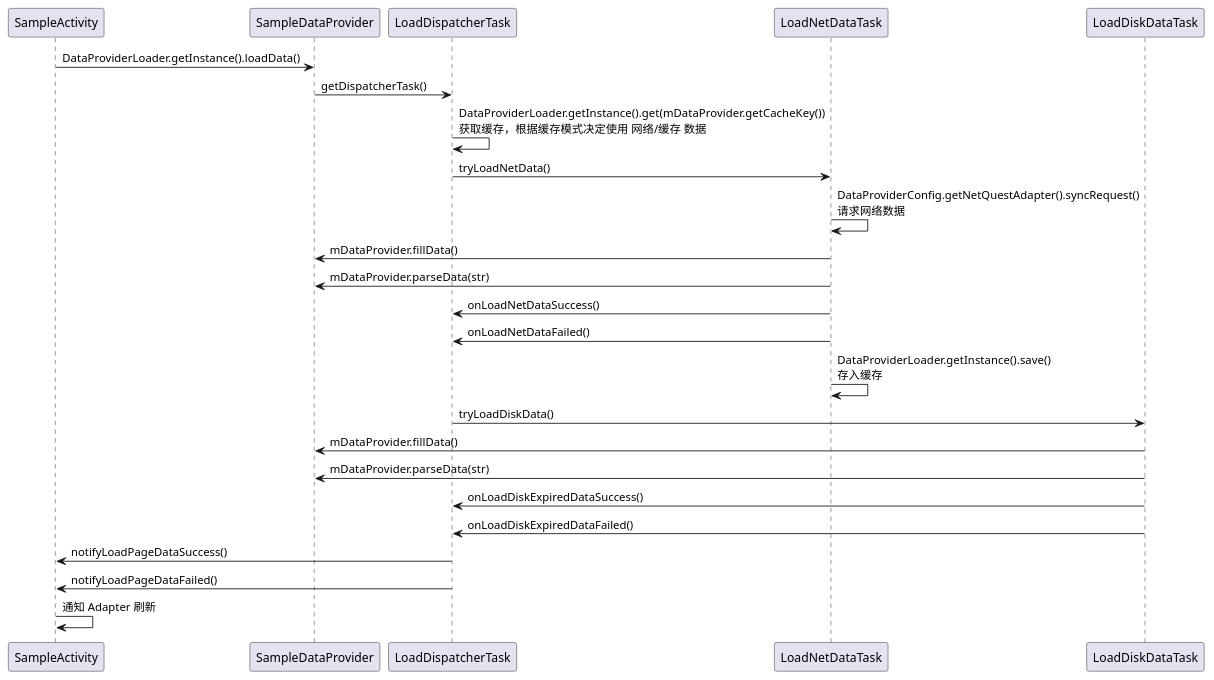
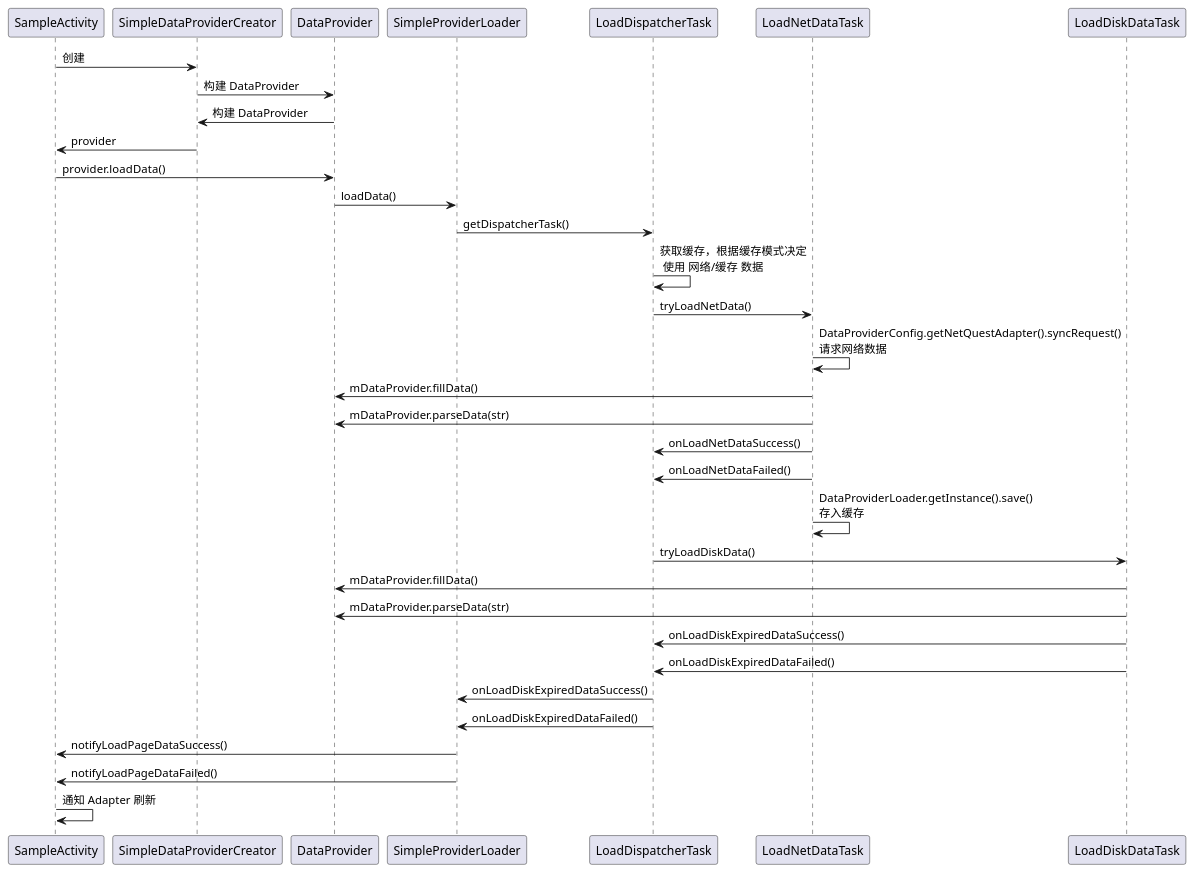
One commit to changer0/HotSearch changed the diagram in provider_core/design/时序图.puml. Above: the diagram before and after it, drawn with PlantUML. The commit also changed 3 other files, not shown here.

```diff
--- a/provider_core/design/时序图.puml
+++ b/provider_core/design/时序图.puml
@@ -1,49 +1,64 @@
 @startuml
 'Alice -> Bob: Authentication Request
 'Bob --> Alice: Authentication Response
 '
 'Alice -> Bob: Another authentication Request
 'Alice <-- Bob: another authentication Response
 
 'SampleActivity -> DataProviderLoader: load(BaseDataProvider)
 
+SampleActivity -> SimpleDataProviderCreator: 创建
 
-SampleActivity -> SampleDataProvider: DataProviderLoader.getInstance().loadData()
+SimpleDataProviderCreator -> DataProvider: 构建 DataProvider
 
-SampleDataProvider -> LoadDispatcherTask: getDispatcherTask()
+DataProvider -> SimpleDataProviderCreator: 构建 DataProvider
 
-LoadDispatcherTask -> LoadDispatcherTask: DataProviderLoader.getInstance().get(mDataProvider.getCacheKey())\n获取缓存，根据缓存模式决定使用 网络/缓存 数据
+SimpleDataProviderCreator -> SampleActivity: provider
+
+SampleActivity -> DataProvider:provider.loadData()
+
+DataProvider -> SimpleProviderLoader : loadData()
+
+
+
+SimpleProviderLoader -> LoadDispatcherTask: getDispatcherTask()
+
+LoadDispatcherTask -> LoadDispatcherTask: 获取缓存，根据缓存模式决定\n 使用 网络/缓存 数据
 
 LoadDispatcherTask -> LoadNetDataTask: tryLoadNetData()
 
 LoadNetDataTask -> LoadNetDataTask: DataProviderConfig.getNetQuestAdapter().syncRequest()\n请求网络数据
 
-LoadNetDataTask -> SampleDataProvider:  mDataProvider.fillData()
+LoadNetDataTask -> DataProvider:  mDataProvider.fillData()
 
-LoadNetDataTask -> SampleDataProvider:  mDataProvider.parseData(str)
+LoadNetDataTask -> DataProvider:  mDataProvider.parseData(str)
 
 LoadNetDataTask -> LoadDispatcherTask: onLoadNetDataSuccess()
 
 LoadNetDataTask -> LoadDispatcherTask: onLoadNetDataFailed()
 
 LoadNetDataTask -> LoadNetDataTask: DataProviderLoader.getInstance().save()\n存入缓存
 
 
 LoadDispatcherTask -> LoadDiskDataTask: tryLoadDiskData()
 
 
-LoadDiskDataTask -> SampleDataProvider:  mDataProvider.fillData()
+LoadDiskDataTask -> DataProvider:  mDataProvider.fillData()
 
-LoadDiskDataTask -> SampleDataProvider:  mDataProvider.parseData(str)
+LoadDiskDataTask -> DataProvider:  mDataProvider.parseData(str)
 
 LoadDiskDataTask -> LoadDispatcherTask: onLoadDiskExpiredDataSuccess()
 
 LoadDiskDataTask -> LoadDispatcherTask: onLoadDiskExpiredDataFailed()
 
-LoadDispatcherTask -> SampleActivity: notifyLoadPageDataSuccess()
+LoadDispatcherTask -> SimpleProviderLoader: onLoadDiskExpiredDataSuccess()
 
-LoadDispatcherTask -> SampleActivity: notifyLoadPageDataFailed()
+LoadDispatcherTask -> SimpleProviderLoader: onLoadDiskExpiredDataFailed()
+
+SimpleProviderLoader -> SampleActivity: notifyLoadPageDataSuccess()
+
+SimpleProviderLoader -> SampleActivity: notifyLoadPageDataFailed()
 
 SampleActivity -> SampleActivity: 通知 Adapter 刷新
 
 @enduml
```
